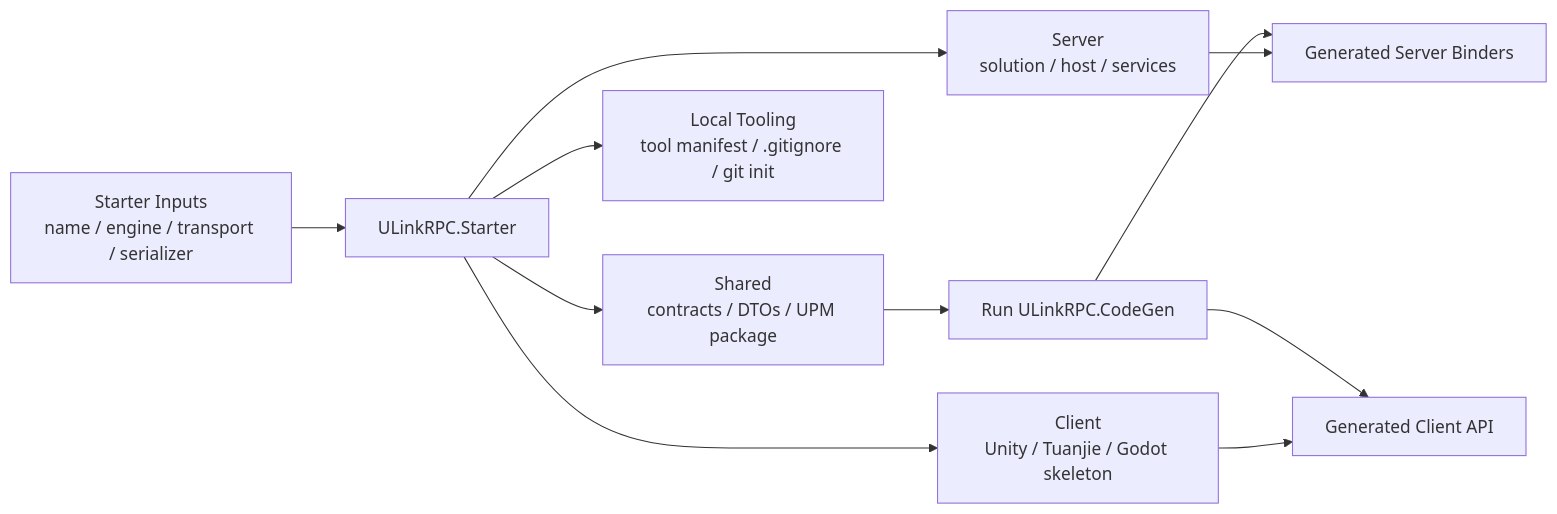
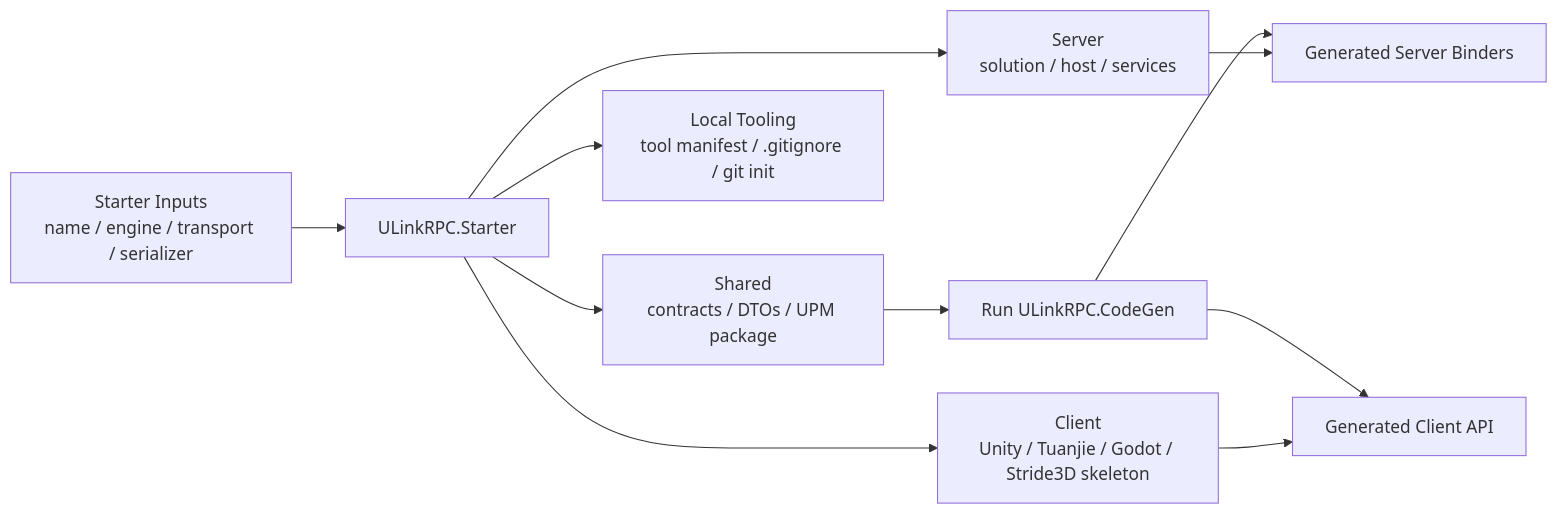
Before and after one commit to bruce48x/ULinkRPC: the diagram in src/ULinkRPC.Starter/README.md, drawn with Mermaid. The commit also changed other lines of this file and 24 other files, not shown here.

````diff
--- a/src/ULinkRPC.Starter/README.md
+++ b/src/ULinkRPC.Starter/README.md
@@ -98,14 +98,14 @@
 ```mermaid
 flowchart LR
     Input["Starter Inputs<br/>name / engine / transport / serializer"] --> Tool["ULinkRPC.Starter"]
     Tool --> Shared["Shared<br/>contracts / DTOs / UPM package"]
     Tool --> Server["Server<br/>solution / host / services"]
-    Tool --> Client["Client<br/>Unity / Tuanjie / Godot skeleton"]
+    Tool --> Client["Client<br/>Unity / Tuanjie / Godot / Stride3D skeleton"]
     Tool --> Tooling["Local Tooling<br/>tool manifest / .gitignore / git init"]
 
     Shared --> CodeGen["Run ULinkRPC.CodeGen"]
     CodeGen --> ServerGenerated["Generated Server Binders"]
     CodeGen --> ClientGenerated["Generated Client API"]
     Server --> ServerGenerated
     Client --> ClientGenerated
 ```
````
